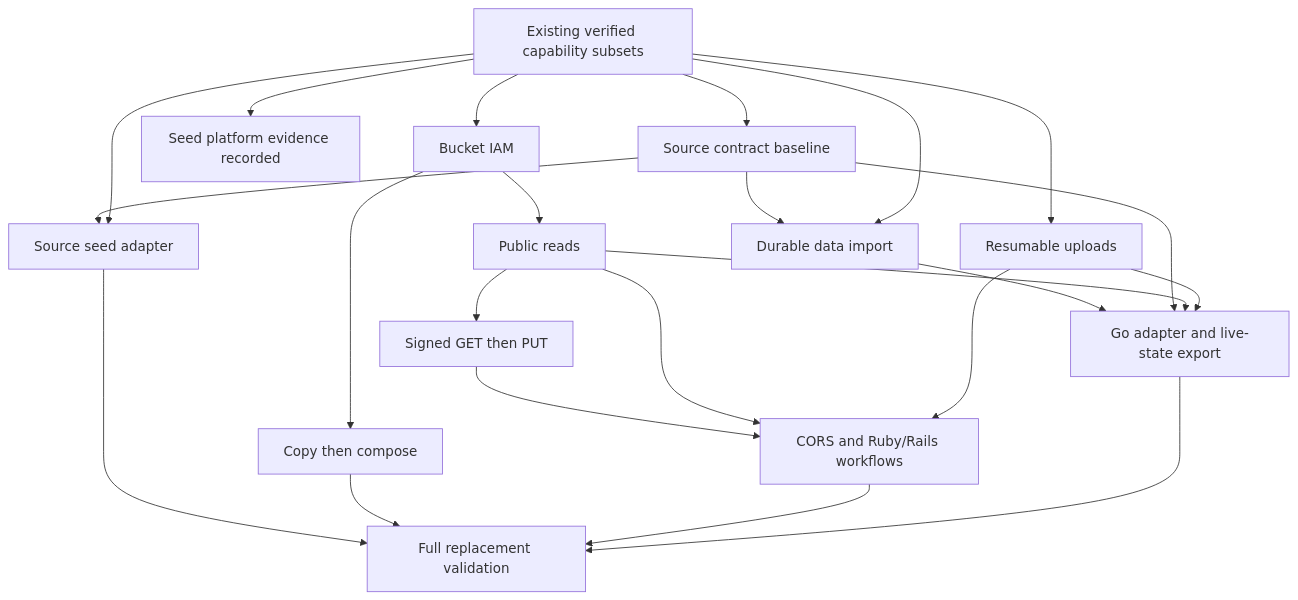
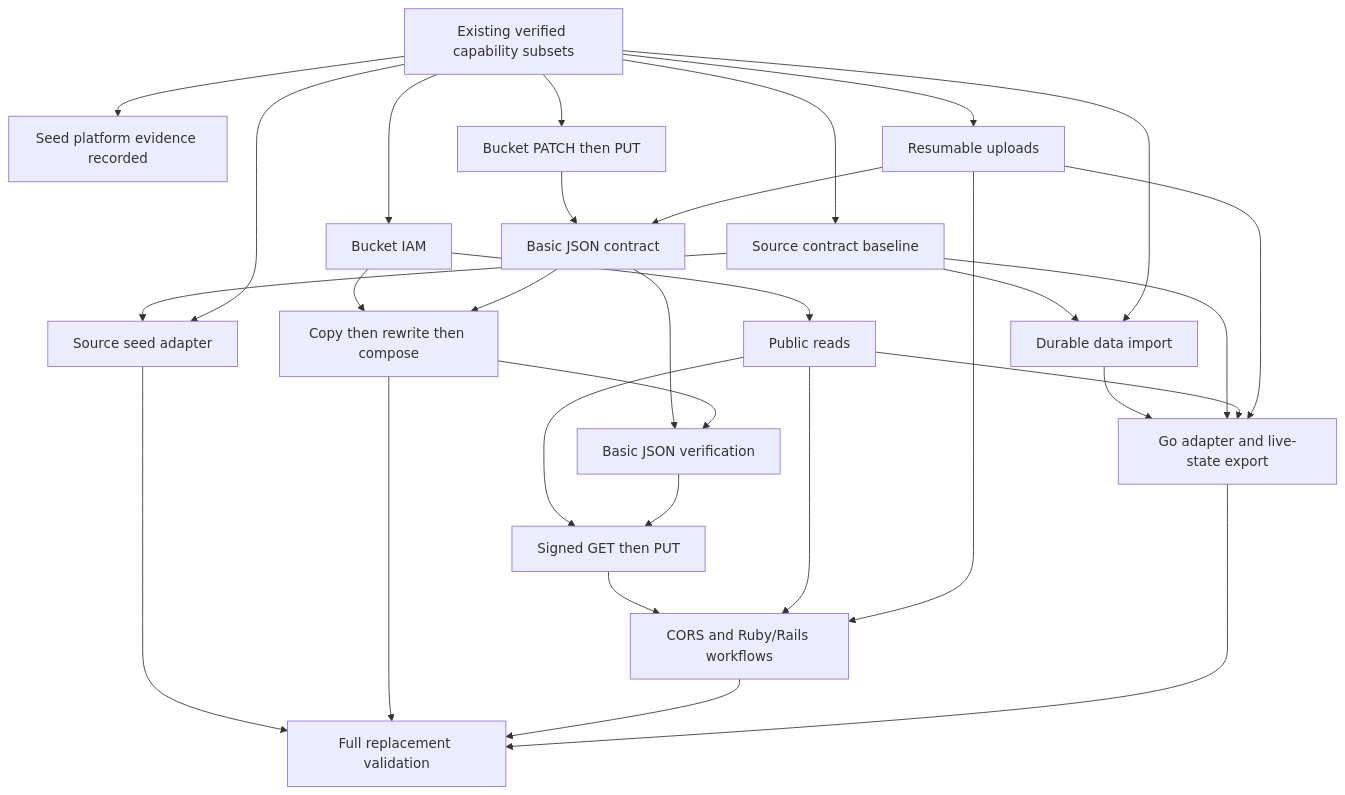
Before and after one commit to shiroemons/gcs-mimic: the diagram in docs/en/roadmap.md, drawn with Mermaid. The commit also changed other lines of this file and 2 other files, not shown here.

Commit message:
docs: prioritize basic JSON APIs and clarify comparison scope

````diff
--- a/docs/en/roadmap.md
+++ b/docs/en/roadmap.md
@@ -152,25 +210,32 @@
 ```mermaid
 flowchart TD
   E[Existing verified capability subsets] --> B[Source contract baseline]
   E --> S[Seed platform evidence recorded]
   E --> I[Bucket IAM]
   E --> R[Resumable uploads]
   I --> P[Public reads]
+  E --> M[Bucket PATCH then PUT]
+  M --> J[Basic JSON contract]
+  R --> J
+  J --> Q[Basic JSON verification]
   P --> U[Signed GET then PUT]
-  I --> C[Copy then compose]
+  Q --> U
+  I --> C[Copy then rewrite then compose]
+  J --> C
+  C --> Q
   U --> W[CORS and Ruby/Rails workflows]
   P --> W
   R --> W
   B --> A[Source seed adapter]
   E --> A
   B --> D[Durable data import]
   E --> D
   D --> G[Go adapter and live-state export]
   B --> G
   P --> G
   R --> G
   A --> V[Full replacement validation]
   C --> V
   W --> V
   G --> V
 ```
````
